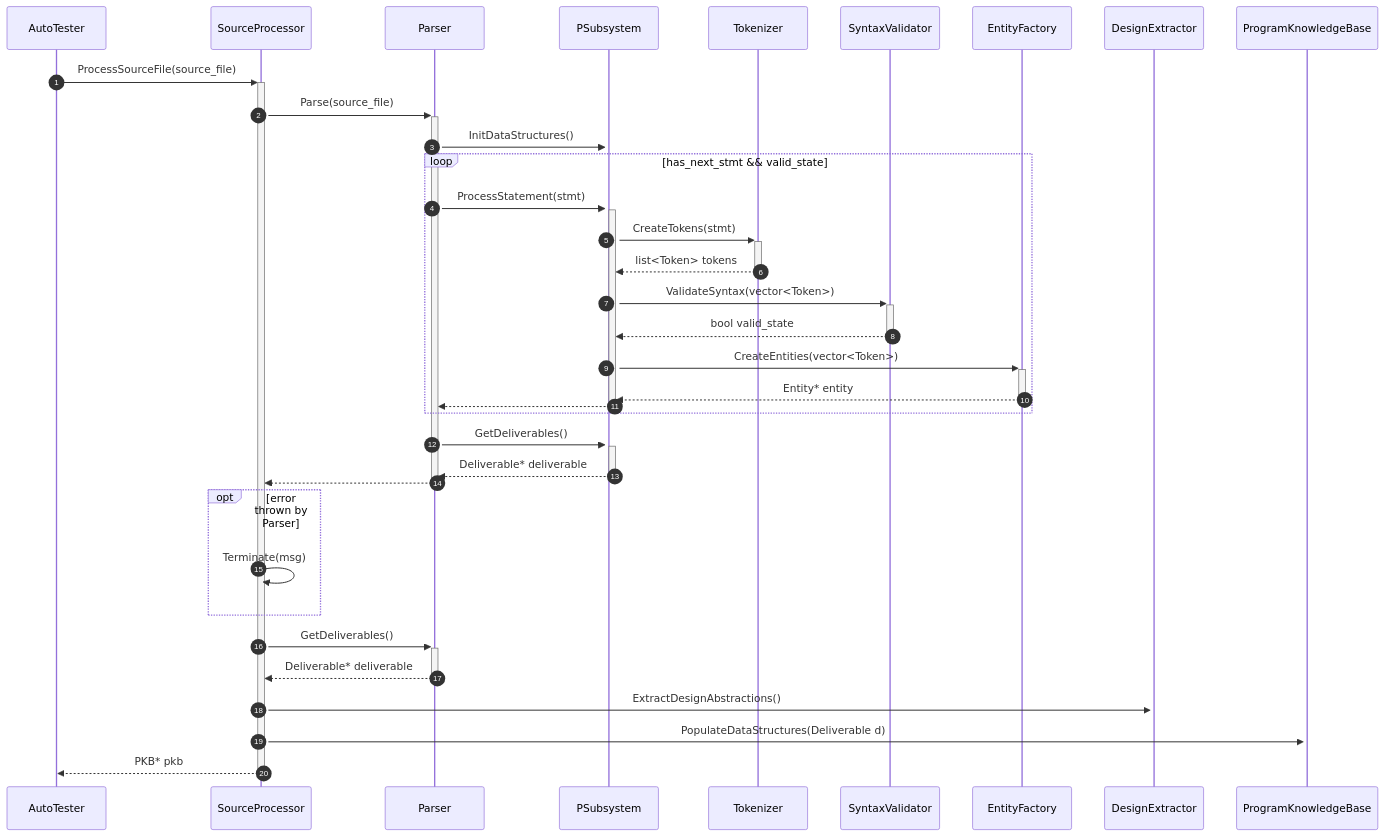
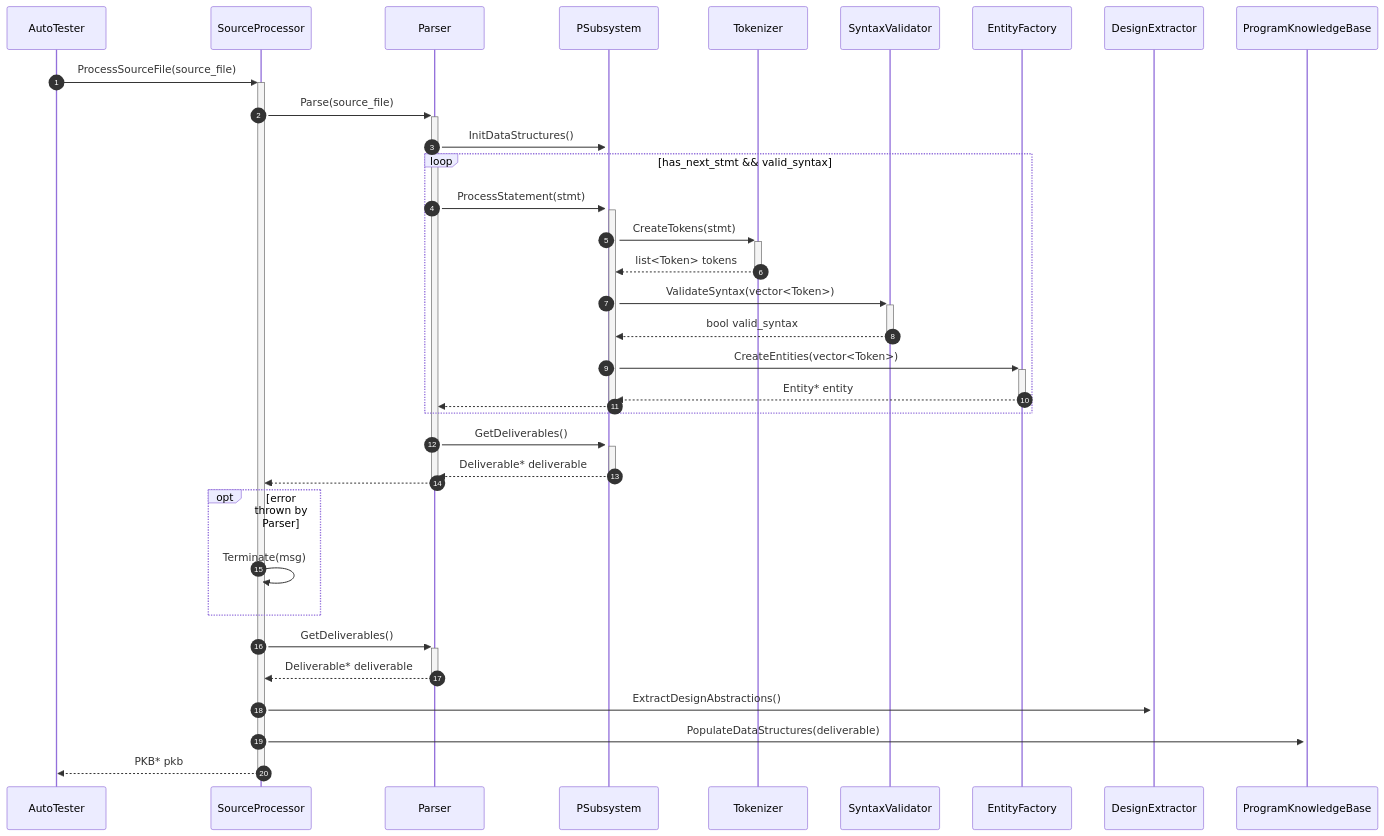
One commit to rtshkmr/CS3203-StaticProgramAnalyzer changed the diagram in docs/sd/SourceProcessorToPkbSequence_detailed.mmd. Above: the diagram before and after it, drawn with Mermaid. The commit also changed 3 other files, not shown here.

```diff
--- a/docs/sd/SourceProcessorToPkbSequence_detailed.mmd
+++ b/docs/sd/SourceProcessorToPkbSequence_detailed.mmd
@@ -1,68 +1,68 @@
 sequenceDiagram
     autonumber
     participant AT as AutoTester
     participant SP as SourceProcessor
     participant P as Parser
     %% subsystem creates nodes and storing AST while the lines are being read
     %% Psystem contains statement stacks..
     participant PSub as PSubsystem
     participant Tkn as Tokenizer
     participant CGV as SyntaxValidator
     %% EntityFactory modifies necessary DSes (creates Entities, add entries into relationship, entity tables ...)
     participant EF as EntityFactory
     participant DE as DesignExtractor
     participant PKB as ProgramKnowledgeBase
 
     AT->>+SP: ProcessSourceFile(source_file)
     SP ->>+ P: Parse(source_file)
 
     %% initialises the necessary data structures inside PSub, these DSes (AST, RelationshipTables, EntityTables) will be accumulated
     %% Assumption: P will check correctness while building DSes %
     P ->>+ PSub: InitDataStructures()
 
     %% statement here refers to the source code in between two semicolons
     %% If valid_state == false in ValidateSyntax, the loop terminates
-    loop has_next_stmt && valid_state
+    loop has_next_stmt && valid_syntax
         P ->>+ PSub: ProcessStatement(stmt)
         PSub ->>+ Tkn: CreateTokens(stmt)
         %% a token looks like: (<symbol>, <tokenTag>) brace_open brace_close
         Tkn -->>- PSub: list<Token> tokens
 
         %% We ask the validator to validate the syntax for a single statement, if there's an error at any token, it should fail early
         PSub ->>+ CGV: ValidateSyntax(vector<Token>)
-        CGV -->>-PSub: bool valid_state
+        CGV -->>-PSub: bool valid_syntax
 
         %% create Entities:  Entity here refers to the Abstraction Entity as described by the wiki/lecture 1 slides
         PSub ->>+EF:CreateEntities(vector<Token>)
         %% This method has responsibilities such as creating necessary Entity Nodes and updating the necessary tables to reflect relationships (this is where we add info about relationships b/w lines, vars...)
         %% Entity node refers to WHILE/IF/ASSIGN... ref to
         EF-->>-PSub: Entity* entity
 
         PSub -->>-P:
         %% todo: handle the error handling opt code here
     end
     %% at this point, all the statements have been processed, the parser is ready for deliverables to be sent to SP
     P ->>+PSub: GetDeliverables()
     PSub -->>-P: Deliverable* deliverable
 
     P -->>-SP:
 
     opt error thrown by Parser
         SP ->>SP : Terminate(msg)
     end
 
     SP ->>+P: GetDeliverables()
     P -->>-SP: Deliverable* deliverable
 
     %% todo: add in DE activities
     SP ->>+DE: ExtractDesignAbstractions()
     %% DE and SP will comms with each other bidirectionally
     %% todo: these sequences will be fleshed out in a separate sequence diagram
 
-    SP ->>+PKB: PopulateDataStructures(Deliverable d)
+    SP ->>+PKB: PopulateDataStructures(deliverable)
 
     SP -->>- AT: PKB* pkb
 
     %% Transitive => Parents*, Children* Follows*, FollowedBy* Use, UsedBy, Modifies, ModifiesBy
     %% By right, AST should not be used for resolving queries (anything, we try to add aux Data Structures)
     %% This sequence of steps ends when the source processing is done and deliverables sent to PKB %%
```
